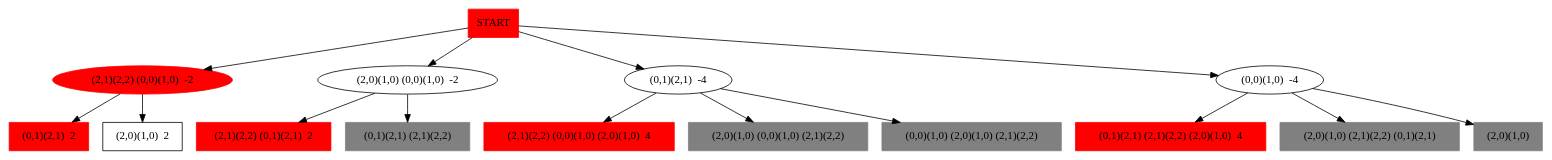
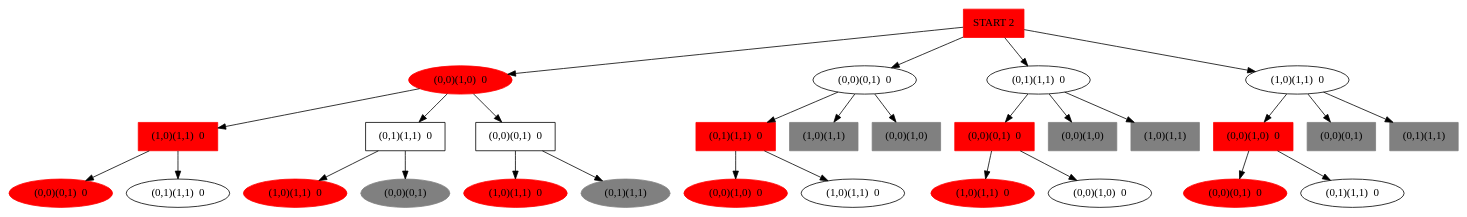
The diagram in TPE/tree.dot (agusosimani/TIMBIRICHE), drawn with Graphviz before and after one commit. The commit also changed 3 other files, not shown here.

```diff
--- a/TPE/tree.dot
+++ b/TPE/tree.dot
@@ -1,40 +1,80 @@
 digraph {
 1 -> 2
-2 [label = "(0,1)(2,1)  2" , shape = rectangle]
+2 [label = "(0,0)(0,1)  0" , shape = ellipse]
 1 -> 3
-3 [label = "(2,0)(1,0)  2" , shape = rectangle]
+3 [label = "(0,1)(1,1)  0" , shape = ellipse]
 2 [color= red , style = filled ]
-1 [label = "(2,1)(2,2) (0,0)(1,0)  2" , shape = ellipse]
+1 [label = "(1,0)(1,1)  0" , shape = rectangle]
 4 -> 1
-1 [label = "(2,1)(2,2) (0,0)(1,0)  -2" , shape = ellipse]
+1 [label = "(1,0)(1,1)  0" , shape = rectangle]
 5 -> 6
-6 [label = "(2,1)(2,2) (0,1)(2,1)  2" , shape = rectangle]
+6 [label = "(1,0)(1,1)  0" , shape = ellipse]
 5 -> 7
-7 [label = "(0,1)(2,1) (2,1)(2,2) " , shape = rectangle, color = grey, style = filled]
+7 [label = "(0,0)(0,1) " , shape = ellipse, color = grey, style = filled]
 6 [color= red , style = filled ]
-5 [label = "(2,0)(1,0) (0,0)(1,0)  2" , shape = ellipse]
+5 [label = "(0,1)(1,1)  0" , shape = rectangle]
 4 -> 5
-5 [label = "(2,0)(1,0) (0,0)(1,0)  -2" , shape = ellipse]
+5 [label = "(0,1)(1,1)  0" , shape = rectangle]
 8 -> 9
-9 [label = "(2,1)(2,2) (0,0)(1,0) (2,0)(1,0)  4" , shape = rectangle]
+9 [label = "(1,0)(1,1)  0" , shape = ellipse]
 8 -> 10
-10 [label = "(2,0)(1,0) (0,0)(1,0) (2,1)(2,2) " , shape = rectangle, color = grey, style = filled]
-8 -> 11
-11 [label = "(0,0)(1,0) (2,0)(1,0) (2,1)(2,2) " , shape = rectangle, color = grey, style = filled]
+10 [label = "(0,1)(1,1) " , shape = ellipse, color = grey, style = filled]
 9 [color= red , style = filled ]
-8 [label = "(0,1)(2,1)  4" , shape = ellipse]
+8 [label = "(0,0)(0,1)  0" , shape = rectangle]
 4 -> 8
-8 [label = "(0,1)(2,1)  -4" , shape = ellipse]
+8 [label = "(0,0)(0,1)  0" , shape = rectangle]
+1 [color= red , style = filled ]
+4 [label = "(0,0)(1,0)  0" , shape = ellipse]
+11 -> 4
+4 [label = "(0,0)(1,0)  0" , shape = ellipse]
 12 -> 13
-13 [label = "(0,1)(2,1) (2,1)(2,2) (2,0)(1,0)  4" , shape = rectangle]
+13 [label = "(0,0)(1,0)  0" , shape = ellipse]
 12 -> 14
-14 [label = "(2,0)(1,0) (2,1)(2,2) (0,1)(2,1) " , shape = rectangle, color = grey, style = filled]
-12 -> 15
-15 [label = "(2,0)(1,0) " , shape = rectangle, color = grey, style = filled]
+14 [label = "(1,0)(1,1)  0" , shape = ellipse]
 13 [color= red , style = filled ]
-12 [label = "(0,0)(1,0)  4" , shape = ellipse]
-4 -> 12
-12 [label = "(0,0)(1,0)  -4" , shape = ellipse]
-1 [color= red , style = filled ]
-4 [label = "START" shape = rectangle, color = red, style = filled ]
+12 [label = "(0,1)(1,1)  0" , shape = rectangle]
+15 -> 12
+12 [label = "(0,1)(1,1)  0" , shape = rectangle]
+15 -> 16
+16 [label = "(1,0)(1,1) " , shape = rectangle, color = grey, style = filled]
+15 -> 17
+17 [label = "(0,0)(1,0) " , shape = rectangle, color = grey, style = filled]
+12 [color= red , style = filled ]
+15 [label = "(0,0)(0,1)  0" , shape = ellipse]
+11 -> 15
+15 [label = "(0,0)(0,1)  0" , shape = ellipse]
+18 -> 19
+19 [label = "(1,0)(1,1)  0" , shape = ellipse]
+18 -> 20
+20 [label = "(0,0)(1,0)  0" , shape = ellipse]
+19 [color= red , style = filled ]
+18 [label = "(0,0)(0,1)  0" , shape = rectangle]
+21 -> 18
+18 [label = "(0,0)(0,1)  0" , shape = rectangle]
+21 -> 22
+22 [label = "(0,0)(1,0) " , shape = rectangle, color = grey, style = filled]
+21 -> 23
+23 [label = "(1,0)(1,1) " , shape = rectangle, color = grey, style = filled]
+18 [color= red , style = filled ]
+21 [label = "(0,1)(1,1)  0" , shape = ellipse]
+11 -> 21
+21 [label = "(0,1)(1,1)  0" , shape = ellipse]
+24 -> 25
+25 [label = "(0,0)(0,1)  0" , shape = ellipse]
+24 -> 26
+26 [label = "(0,1)(1,1)  0" , shape = ellipse]
+25 [color= red , style = filled ]
+24 [label = "(0,0)(1,0)  0" , shape = rectangle]
+27 -> 24
+24 [label = "(0,0)(1,0)  0" , shape = rectangle]
+27 -> 28
+28 [label = "(0,0)(0,1) " , shape = rectangle, color = grey, style = filled]
+27 -> 29
+29 [label = "(0,1)(1,1) " , shape = rectangle, color = grey, style = filled]
+24 [color= red , style = filled ]
+27 [label = "(1,0)(1,1)  0" , shape = ellipse]
+11 -> 27
+27 [label = "(1,0)(1,1)  0" , shape = ellipse]
+4 [color= red , style = filled ]
+11 [label = "START 2" shape = rectangle, color = red, style = filled ]
 }
```
